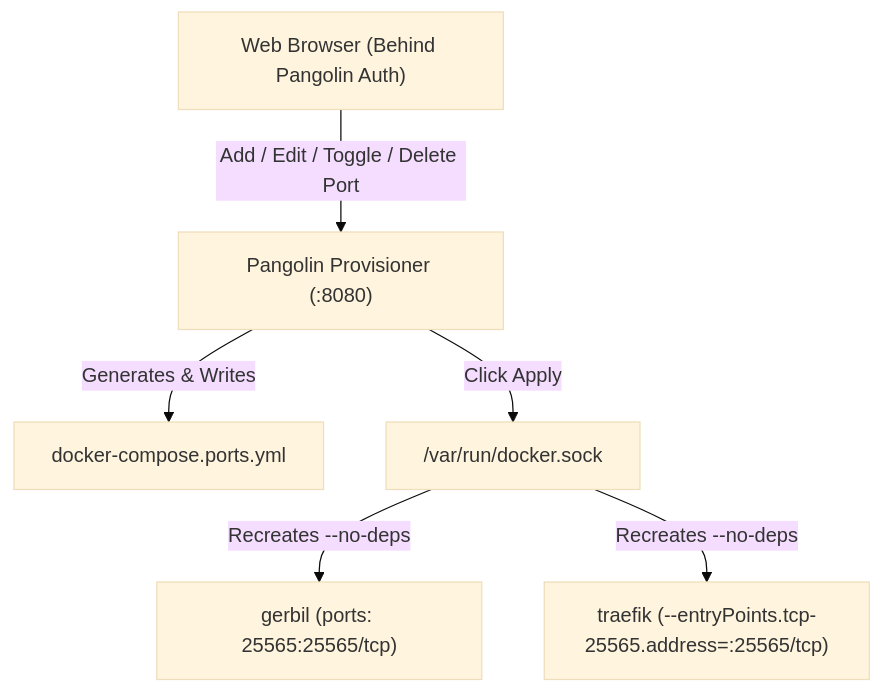
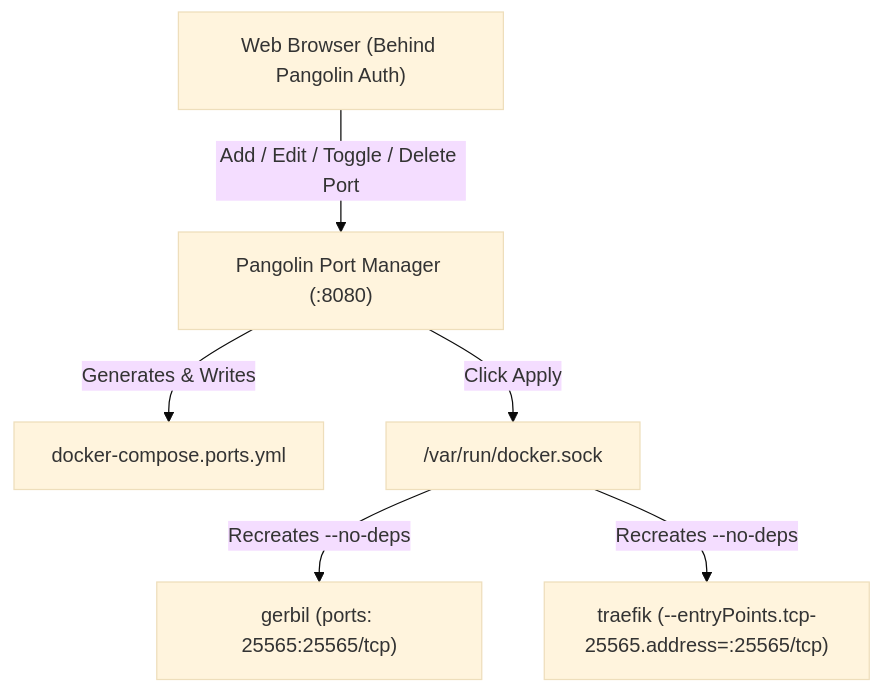
One commit to Johannes7k75/pangolin-port-manager changed the diagram in README.md. Above: the diagram before and after it, drawn with Mermaid (base theme). The commit also changed other lines of this file and 12 other files, not shown here.

Commit message:
refactor: rename project to pangolin-port-manager

````diff
--- a/README.md
+++ b/README.md
@@ -19,8 +19,8 @@
 ```mermaid
 flowchart TD
-    User["Web Browser (Behind Pangolin Auth)"] -->|Add / Edit / Toggle / Delete Port| Provisioner["Pangolin Provisioner (:8080)"]
+    User["Web Browser (Behind Pangolin Auth)"] -->|Add / Edit / Toggle / Delete Port| Provisioner["Pangolin Port Manager (:8080)"]
     Provisioner -->|Generates & Writes| ComposeOverride["docker-compose.ports.yml"]
     Provisioner -->|Click Apply| DockerSocket["/var/run/docker.sock"]
     DockerSocket -->|Recreates --no-deps| Gerbil["gerbil (ports: 25565:25565/tcp)"]
     DockerSocket -->|Recreates --no-deps| Traefik["traefik (--entryPoints.tcp-25565.address=:25565/tcp)"]
 ```
````
